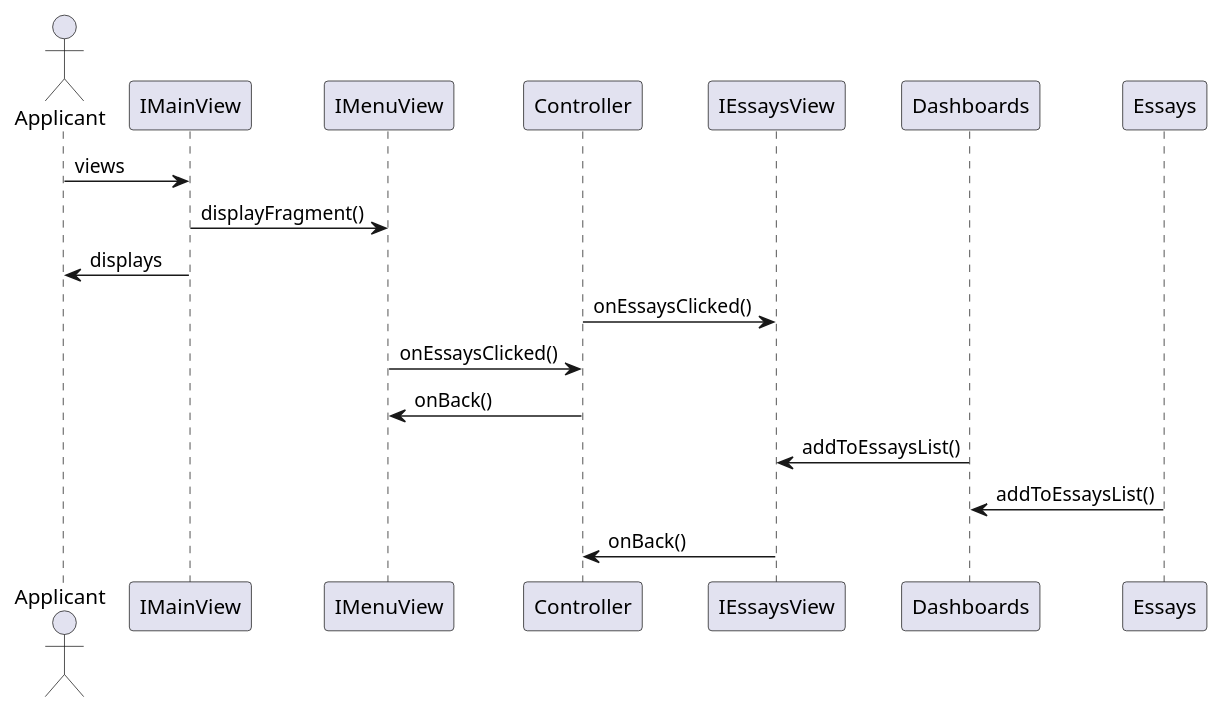
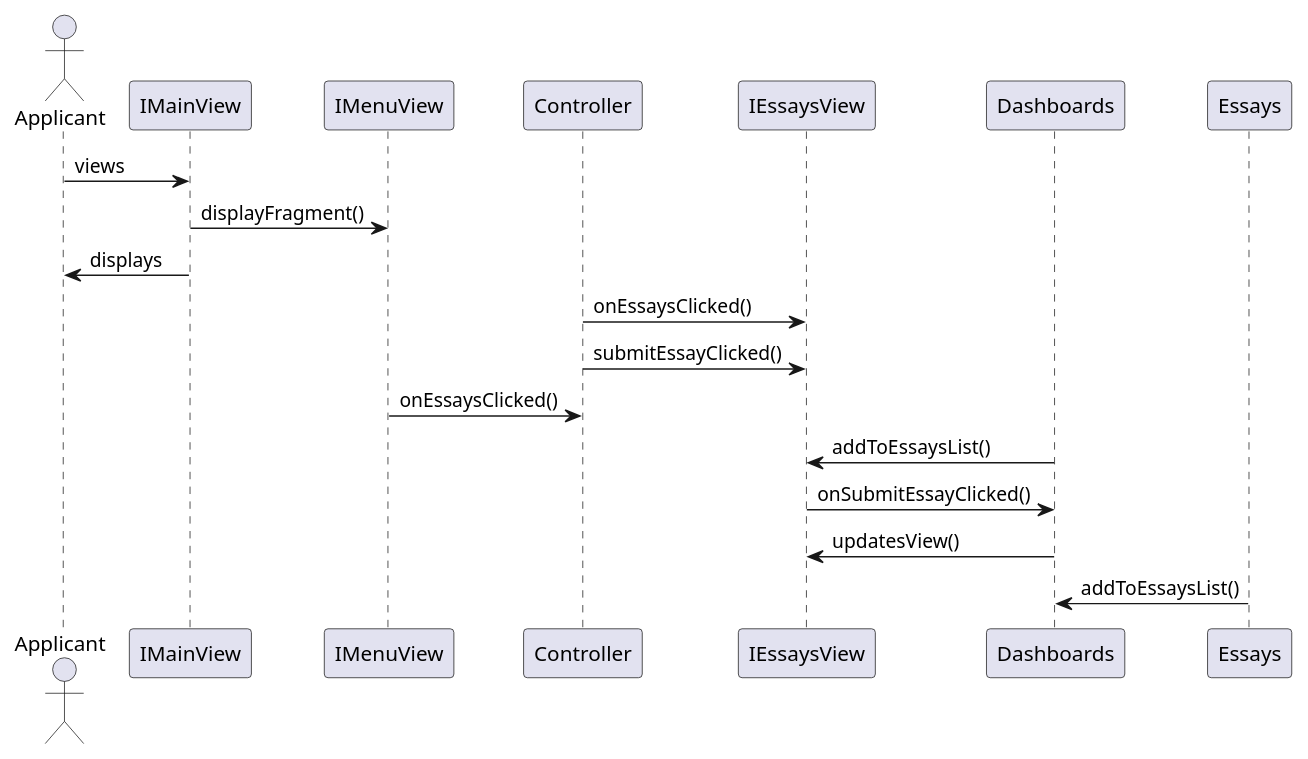
Before and after one commit to jlederer33/Essay-Review-App: the third of 7 diagrams in intellij/doc/design.md, drawn with PlantUML. The commit also changed other lines of this file, not shown here.

Commit message:
finished updating Sequence and class diagrams

````diff
--- a/intellij/doc/design.md
+++ b/intellij/doc/design.md
@@ -29,12 +38,13 @@
 ```plantuml
 actor Applicant as applicant
 applicant-> IMainView : views
 IMainView -> IMenuView : displayFragment()
 applicant <- IMainView : displays
 Controller -> IEssaysView : onEssaysClicked()
+Controller -> IEssaysView : submitEssayClicked()
 Controller <- IMenuView : onEssaysClicked()
-Controller -> IMenuView: onBack()
 IEssaysView <- Dashboards : addToEssaysList()
+IEssaysView -> Dashboards : onSubmitEssayClicked()
+Dashboards -> IEssaysView : updatesView()
 Dashboards <- Essays : addToEssaysList()
-IEssaysView -> Controller : onBack()
 ```
````
